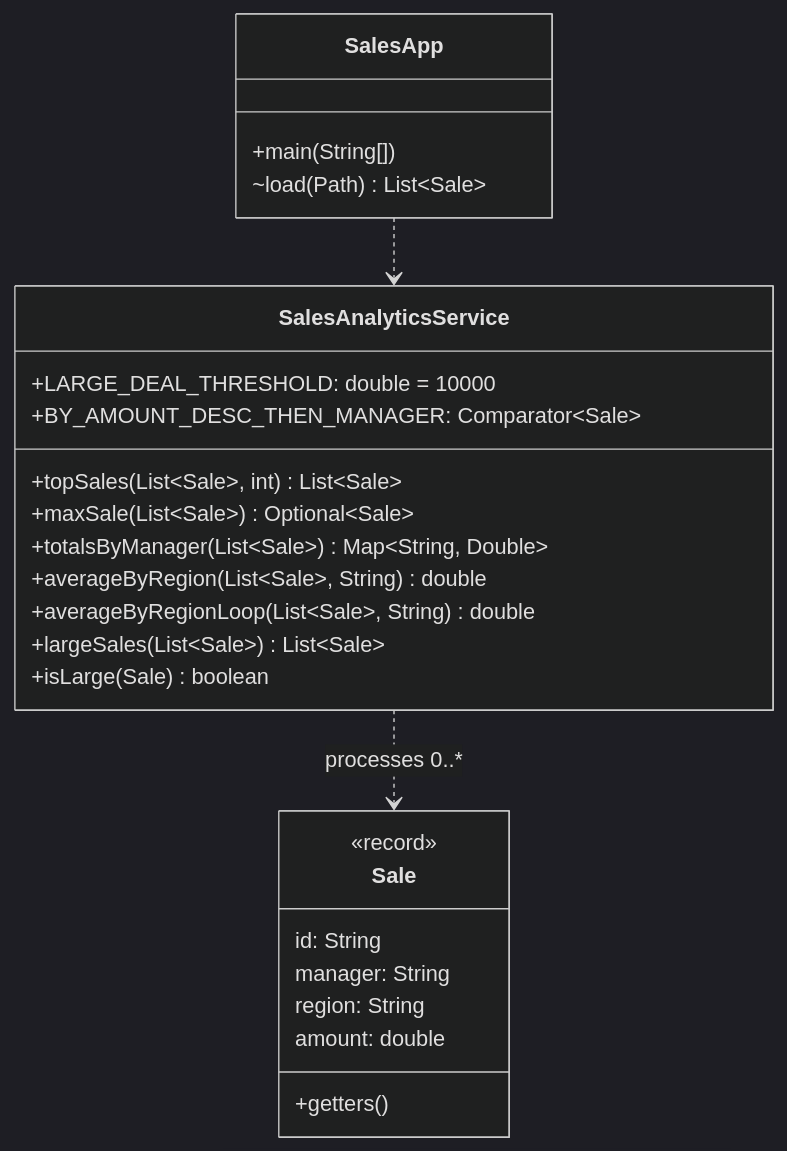
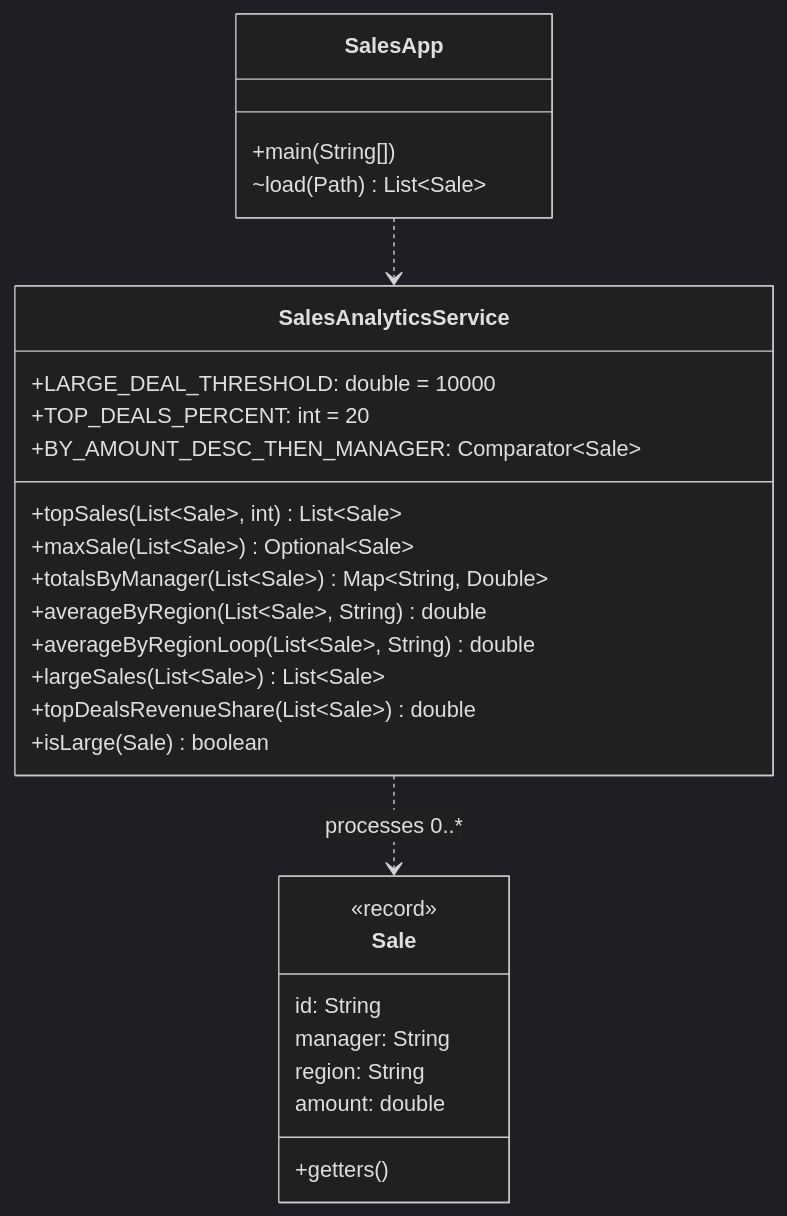
One commit to f1shi/java-practice changed the second of 2 diagrams in pr12/README.md. Above: the diagram before and after it, drawn with Mermaid (dark theme). The commit also changed other lines of this file and 68 other files, not shown here.

````diff
--- a/pr12/README.md
+++ b/pr12/README.md
@@ -66,28 +71,30 @@
 ```mermaid
 classDiagram
     class SalesAnalyticsService {
         +LARGE_DEAL_THRESHOLD: double = 10000
+        +TOP_DEALS_PERCENT: int = 20
         +BY_AMOUNT_DESC_THEN_MANAGER: Comparator~Sale~
         +topSales(List~Sale~, int) List~Sale~
         +maxSale(List~Sale~) Optional~Sale~
         +totalsByManager(List~Sale~) Map~String, Double~
         +averageByRegion(List~Sale~, String) double
         +averageByRegionLoop(List~Sale~, String) double
         +largeSales(List~Sale~) List~Sale~
+        +topDealsRevenueShare(List~Sale~) double
         +isLarge(Sale) boolean
     }
     class Sale {
         <<record>>
         id: String
         manager: String
         region: String
         amount: double
         +getters()
     }
     class SalesApp {
         +main(String[])
         ~load(Path) List~Sale~
     }
     SalesAnalyticsService ..> Sale : processes 0..*
     SalesApp ..> SalesAnalyticsService
 ```
````
